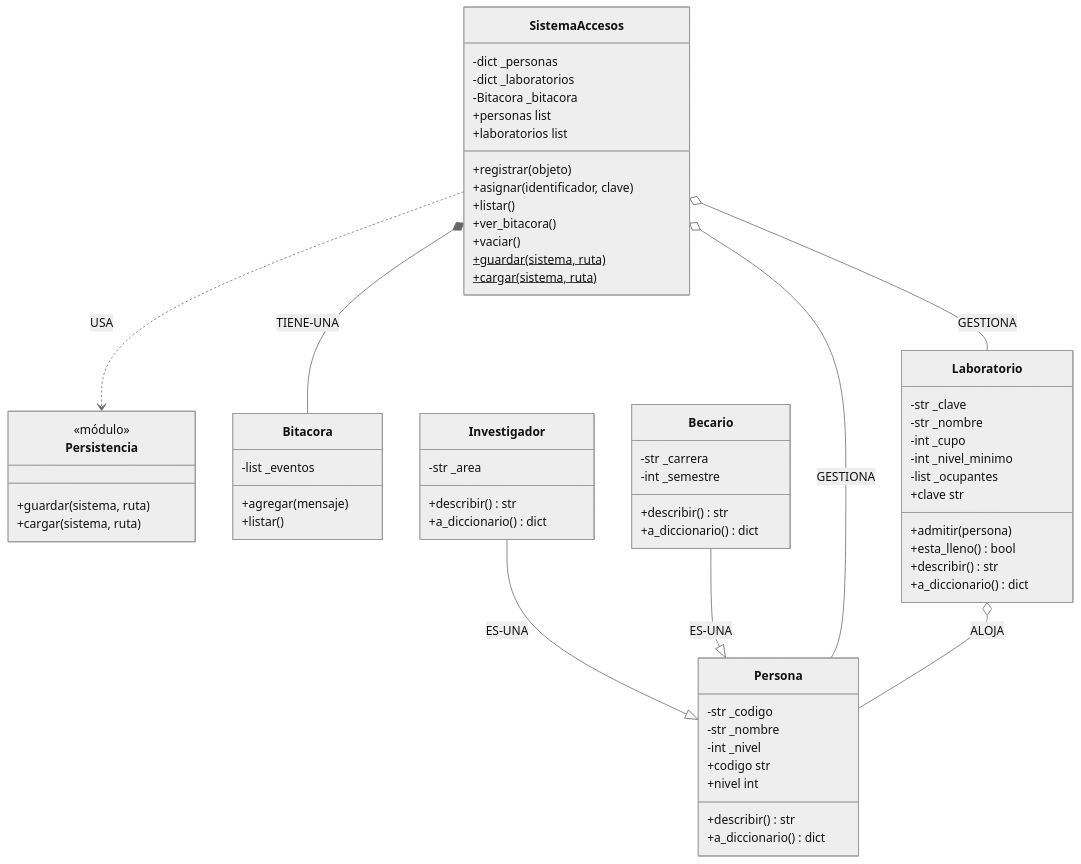
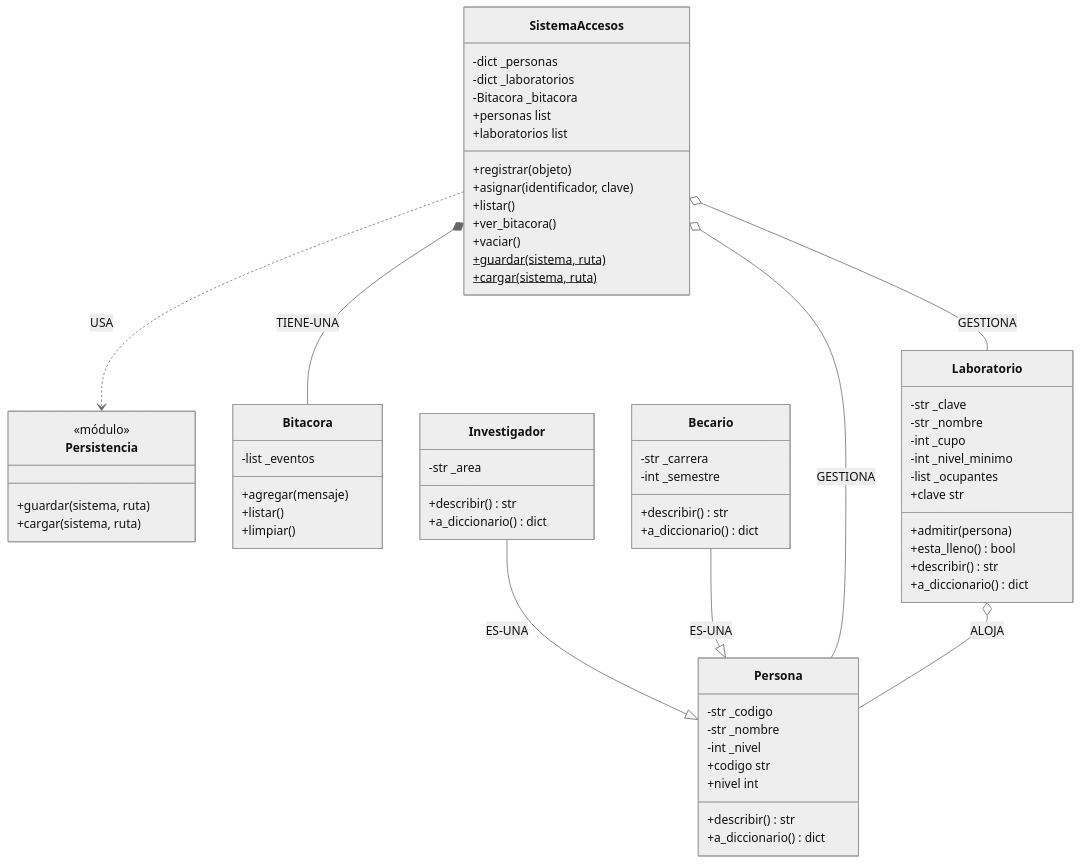
The diagram in README.md (vincent-net-mx/prog2-2026b-equipo12), drawn with Mermaid (neutral theme) before and after one commit. The commit also changed other lines of this file, not shown here.

````diff
--- a/README.md
+++ b/README.md
@@ -75,75 +103,76 @@
 ```mermaid
 classDiagram
     direction TB
 
     class SistemaAccesos {
         -dict _personas
         -dict _laboratorios
         -Bitacora _bitacora
         +personas list
         +laboratorios list
         +registrar(objeto)
         +asignar(identificador, clave)
         +listar()
         +ver_bitacora()
         +vaciar()
         +guardar(sistema, ruta)$
         +cargar(sistema, ruta)$
     }
 
     class Persistencia {
         <<módulo>>
         +guardar(sistema, ruta)
         +cargar(sistema, ruta)
     }
 
     class Bitacora {
         -list _eventos
         +agregar(mensaje)
         +listar()
+        +limpiar()
     }
 
     class Persona {
         -str _codigo
         -str _nombre
         -int _nivel
         +codigo str
         +nivel int
         +describir() str
         +a_diccionario() dict
     }
 
     class Investigador {
         -str _area
         +describir() str
         +a_diccionario() dict
     }
 
     class Becario {
         -str _carrera
         -int _semestre
         +describir() str
         +a_diccionario() dict
     }
 
     class Laboratorio {
         -str _clave
         -str _nombre
         -int _cupo
         -int _nivel_minimo
         -list _ocupantes
         +clave str
         +admitir(persona)
         +esta_lleno() bool
         +describir() str
         +a_diccionario() dict
     }
 
     Investigador --|> Persona : ES-UNA
     Becario --|> Persona : ES-UNA
     SistemaAccesos *-- Bitacora : TIENE-UNA
     SistemaAccesos o-- Persona : GESTIONA
     SistemaAccesos o-- Laboratorio : GESTIONA
     Laboratorio o-- Persona : ALOJA
     SistemaAccesos ..> Persistencia : USA
 ```
````
